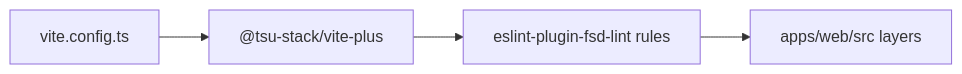
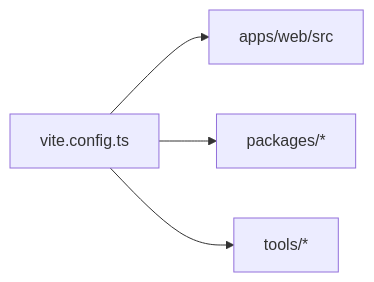
The diagram in tools/vite-plus/README.md (isherbuilds/edernal-books), drawn with Mermaid before and after one commit. The commit also changed other lines of this file and 95 other files, not shown here.

````diff
--- a/tools/vite-plus/README.md
+++ b/tools/vite-plus/README.md
@@ -20,6 +18,6 @@
 ```mermaid
 flowchart LR
-  Root["vite.config.ts"] --> Helper["@tsu-stack/vite-plus"]
-  Helper --> FSD["eslint-plugin-fsd-lint rules"]
-  FSD --> Web["apps/web/src layers"]
+  Root["vite.config.ts"] --> Web["apps/web/src"]
+  Root --> Packages["packages/*"]
+  Root --> Tools["tools/*"]
 ```
````
